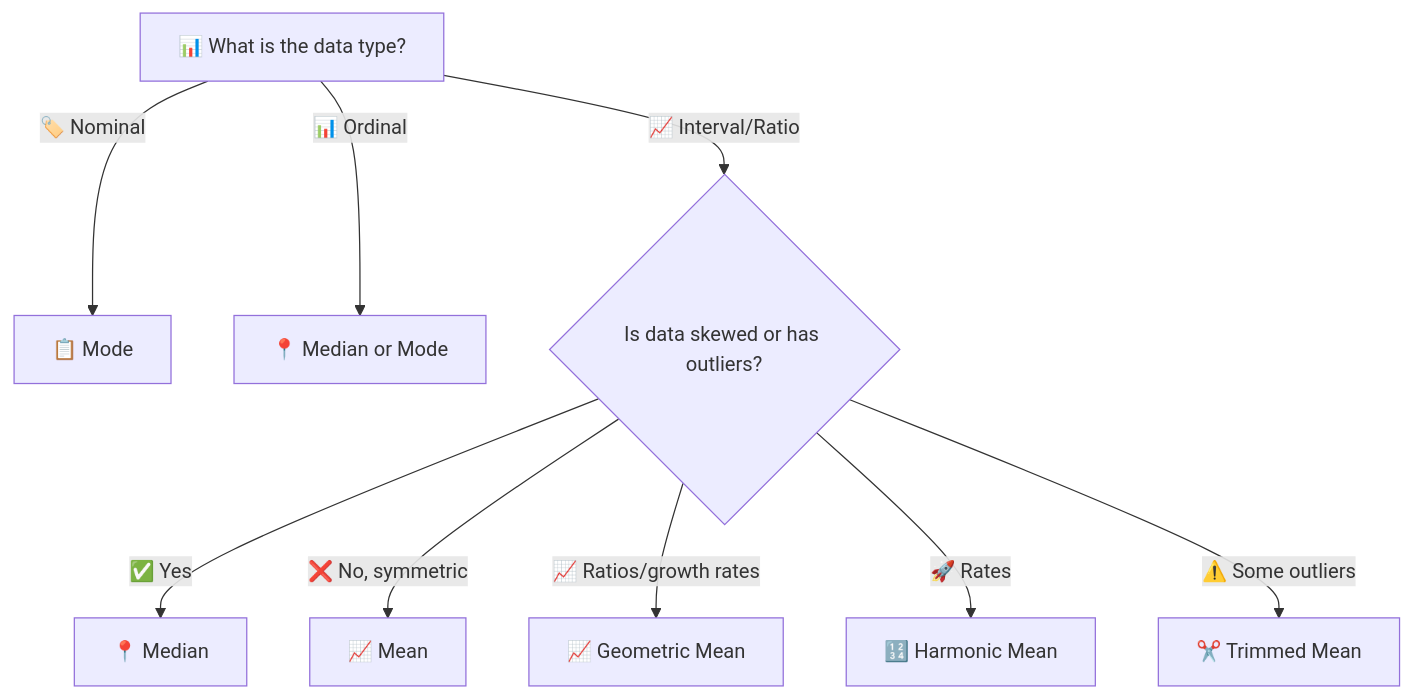
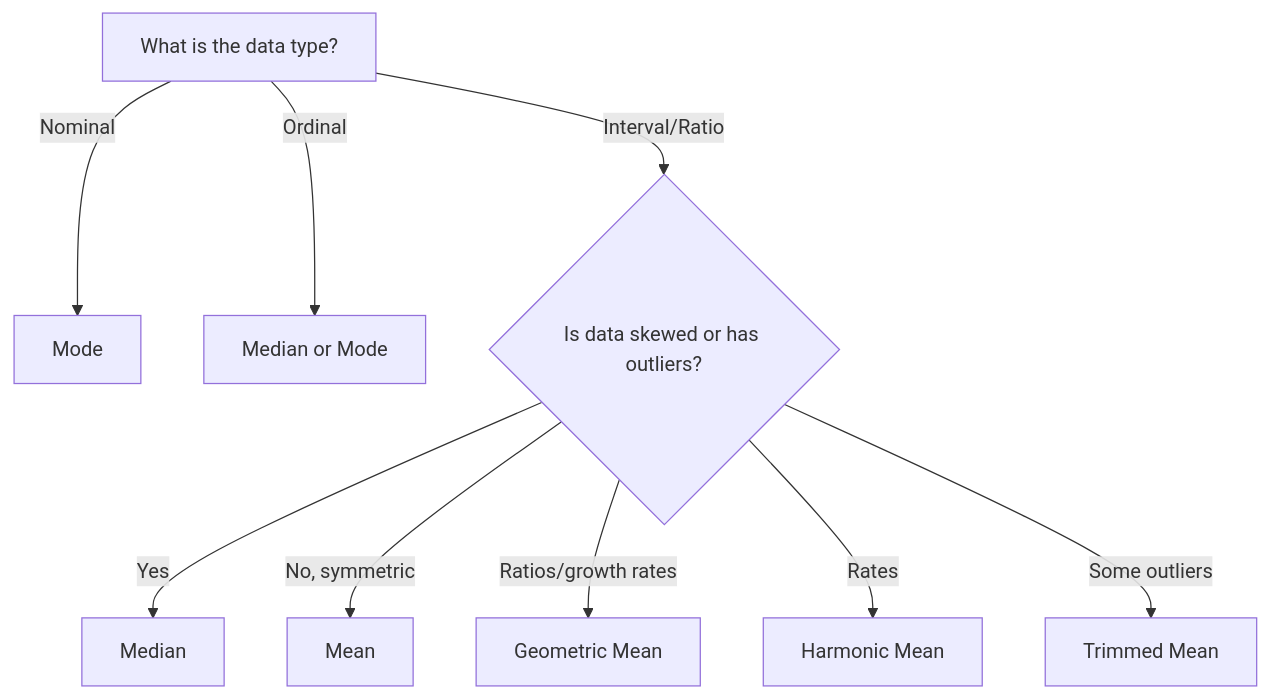
One commit to muhammadsalek/statistics-for-scientists changed the eighth of 10 diagrams in 02-central-tendency.md. Above: the diagram before and after it, drawn with Mermaid. The commit also changed other lines of this file, not shown here.

````diff
--- a/02-central-tendency.md
+++ b/02-central-tendency.md
@@ -876,11 +746,11 @@
 ```mermaid
 flowchart TD
-    A["📊 What is the data type?"] -->|"🏷️ Nominal"| B["📋 Mode"]
-    A -->|"📊 Ordinal"| C["📍 Median or Mode"]
-    A -->|"📈 Interval/Ratio"| D{"Is data skewed or has outliers?"}
-    D -->|"✅ Yes"| E["📍 Median"]
-    D -->|"❌ No, symmetric"| F["📈 Mean"]
-    D -->|"📈 Ratios/growth rates"| G["📈 Geometric Mean"]
-    D -->|"🚀 Rates"| H["🔢 Harmonic Mean"]
-    D -->|"⚠️ Some outliers"| I["✂️ Trimmed Mean"]
+    A[What is the data type?] -->|Nominal| B[Mode]
+    A -->|Ordinal| C[Median or Mode]
+    A -->|Interval/Ratio| D{Is data skewed or has outliers?}
+    D -->|Yes| E[Median]
+    D -->|No, symmetric| F[Mean]
+    D -->|Ratios/growth rates| G[Geometric Mean]
+    D -->|Rates| H[Harmonic Mean]
+    D -->|Some outliers| I[Trimmed Mean]
 ```
````
